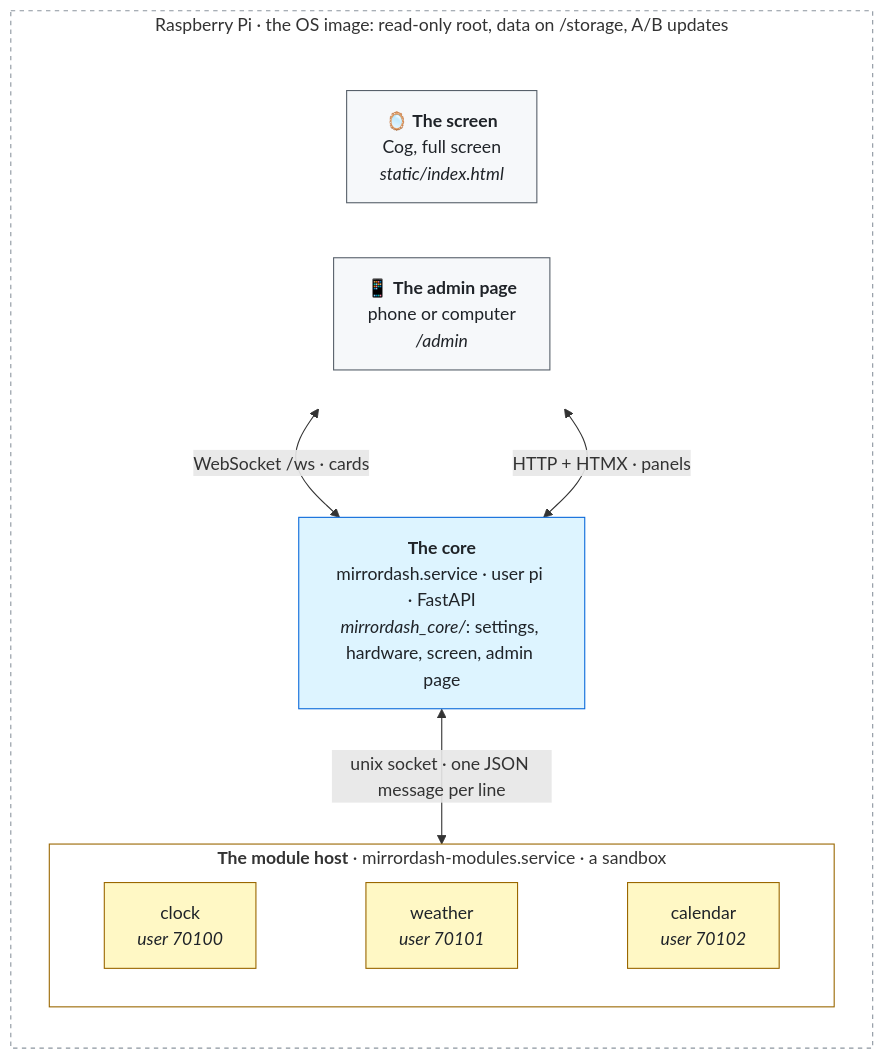
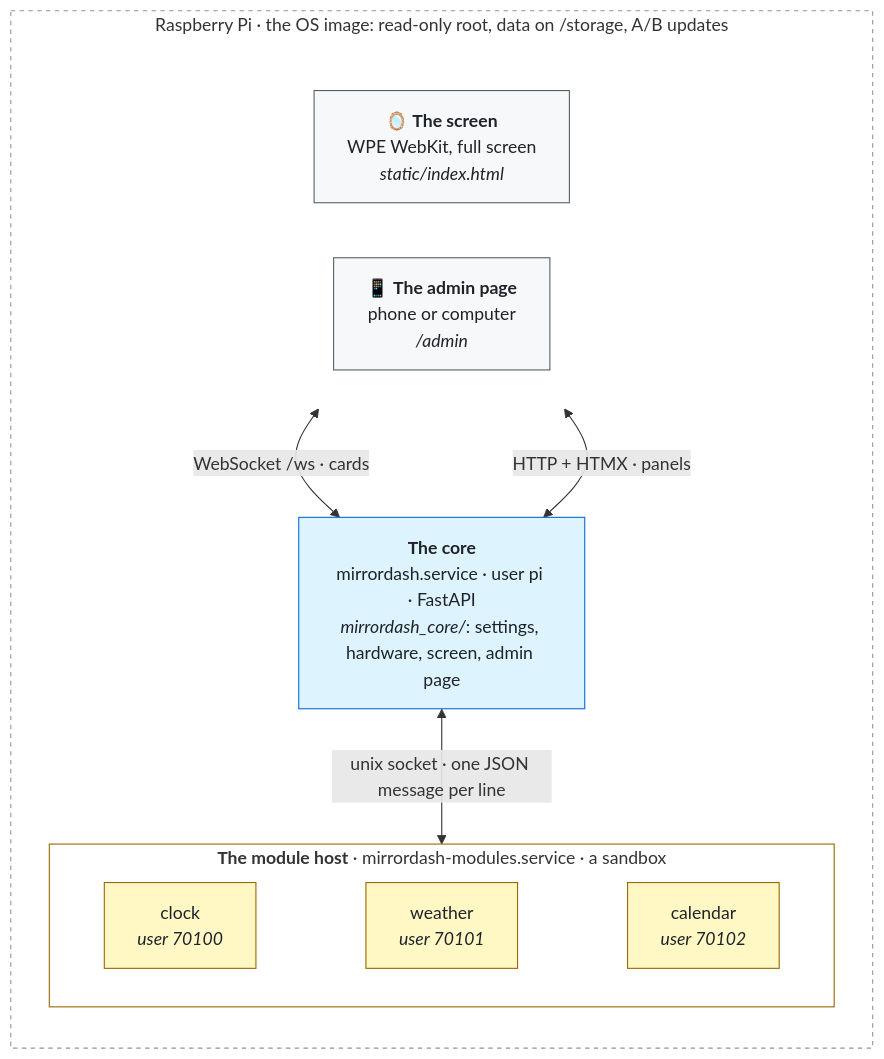
The first of 4 diagrams in HOW_IT_WORKS.md (Menturan/MirrorDash), drawn with Mermaid before and after one commit. The commit also changed other lines of this file and 7 other files, not shown here.

First line of the commit message:
docs(screen): ARCHITECTURE #56, WPE 2.54 and its launcher in place of Cog

````diff
--- a/HOW_IT_WORKS.md
+++ b/HOW_IT_WORKS.md
@@ -7,29 +7,29 @@
 ```mermaid
 flowchart TB
     subgraph pi["Raspberry Pi · the OS image: read-only root, data on /storage, A/B updates"]
         direction TB
         subgraph clients[" "]
             direction LR
-            screen["🪞 <b>The screen</b><br/>Cog, full screen<br/><i>static/index.html</i>"]
+            screen["🪞 <b>The screen</b><br/>WPE WebKit, full screen<br/><i>static/index.html</i>"]
             admin["📱 <b>The admin page</b><br/>phone or computer<br/><i>/admin</i>"]
         end
         core["<b>The core</b><br/>mirrordash.service · user pi · FastAPI<br/><i>mirrordash_core/</i>: settings, hardware, screen, admin page"]
         subgraph host["<b>The module host</b> · mirrordash-modules.service · a sandbox"]
             direction LR
             m1["clock<br/><i>user 70100</i>"] ~~~ m2["weather<br/><i>user 70101</i>"] ~~~ m3["calendar<br/><i>user 70102</i>"]
         end
     end
     screen <-- "WebSocket /ws · cards" --> core
     admin <-- "HTTP + HTMX · panels" --> core
     core <-- "unix socket · one JSON message per line" --> host
 
     classDef side fill:#f6f8fa,stroke:#57606a,color:#1f2328
     classDef core fill:#ddf4ff,stroke:#0969da,color:#1f2328
     classDef mod fill:#fff8c5,stroke:#9a6700,color:#1f2328
     class screen,admin side
     class core core
     class m1,m2,m3 mod
     style clients fill:none,stroke:none
     style pi fill:none,stroke:#8c959f,stroke-dasharray:4 4
     style host fill:none,stroke:#9a6700
 ```
````
